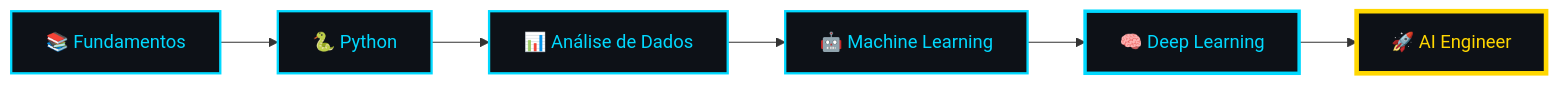
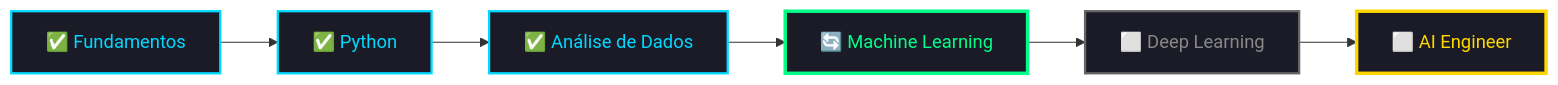
Before and after one commit to yDiegoRosa/yDiegoRosa: the diagram in README.md, drawn with Mermaid. The commit also changed other lines of this file, not shown here.

````diff
--- a/README.md
+++ b/README.md
@@ -142,15 +154,15 @@
 ```mermaid
 graph LR
-    A[📚 Fundamentos] --> B[🐍 Python]
-    B --> C[📊 Análise de Dados]
-    C --> D[🤖 Machine Learning]
-    D --> E[🧠 Deep Learning]
-    E --> F[🚀 AI Engineer]
+    A["✅ Fundamentos"] --> B["✅ Python"]
+    B --> C["✅ Análise de Dados"]
+    C --> D["🔄 Machine Learning"]
+    D --> E["⬜ Deep Learning"]
+    E --> F["⬜ AI Engineer"]
     
-    style A fill:#0D1117,stroke:#00D9FF,stroke-width:2px,color:#00D9FF
-    style B fill:#0D1117,stroke:#00D9FF,stroke-width:2px,color:#00D9FF
-    style C fill:#0D1117,stroke:#00D9FF,stroke-width:2px,color:#00D9FF
-    style D fill:#0D1117,stroke:#00D9FF,stroke-width:2px,color:#00D9FF
-    style E fill:#0D1117,stroke:#00D9FF,stroke-width:3px,color:#00D9FF
-    style F fill:#0D1117,stroke:#FFD700,stroke-width:4px,color:#FFD700
+    style A fill:#1a1b27,stroke:#00D9FF,stroke-width:2px,color:#00D9FF
+    style B fill:#1a1b27,stroke:#00D9FF,stroke-width:2px,color:#00D9FF
+    style C fill:#1a1b27,stroke:#00D9FF,stroke-width:2px,color:#00D9FF
+    style D fill:#1a1b27,stroke:#00FF88,stroke-width:3px,color:#00FF88
+    style E fill:#1a1b27,stroke:#666,stroke-width:2px,color:#888
+    style F fill:#1a1b27,stroke:#FFD700,stroke-width:3px,color:#FFD700
 ```
````
